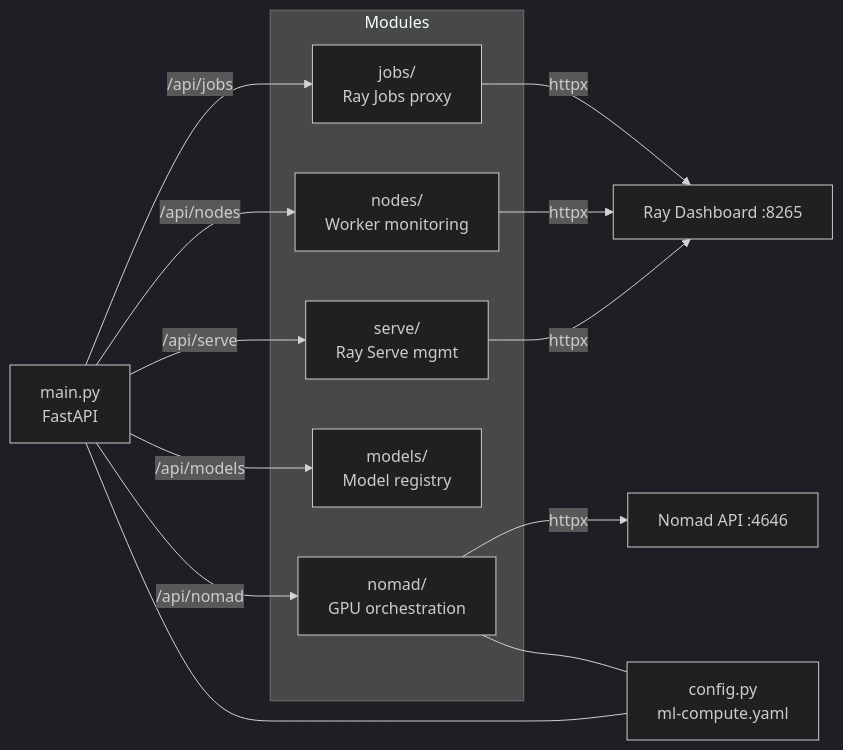
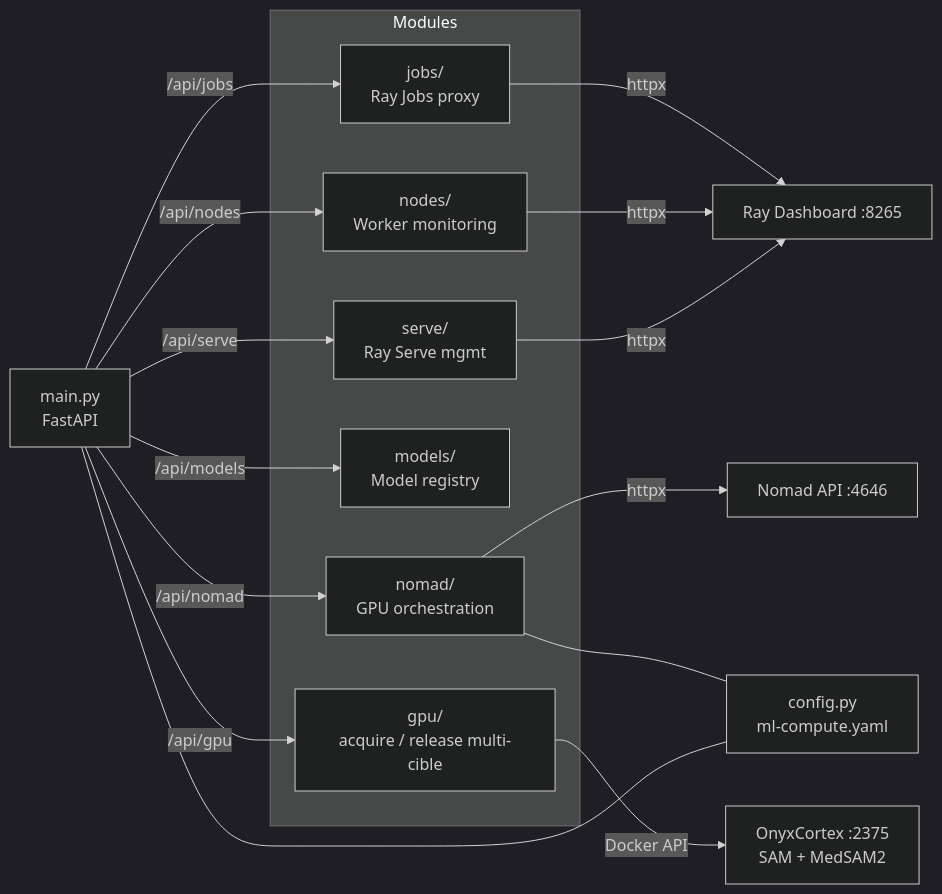
One commit to VersoVet/ml-compute changed the seventh of 7 diagrams in DIAGRAM.md. Above: the diagram before and after it, drawn with Mermaid (dark theme). The commit also changed other lines of this file and 56 other files, not shown here.

````diff
--- a/DIAGRAM.md
+++ b/DIAGRAM.md
@@ -176,30 +196,33 @@
 ```mermaid
 graph LR
     Main["main.py<br/>FastAPI"]
 
     subgraph Modules
         Jobs["jobs/<br/>Ray Jobs proxy"]
         Nodes["nodes/<br/>Worker monitoring"]
         Serve["serve/<br/>Ray Serve mgmt"]
         Models["models/<br/>Model registry"]
         Nomad["nomad/<br/>GPU orchestration"]
+        GPU["gpu/<br/>acquire / release multi-cible"]
     end
 
     Main -->|/api/jobs| Jobs
     Main -->|/api/nodes| Nodes
     Main -->|/api/serve| Serve
     Main -->|/api/models| Models
     Main -->|/api/nomad| Nomad
+    Main -->|/api/gpu| GPU
 
     RayDash["Ray Dashboard :8265"]
     NomadAPI["Nomad API :4646"]
 
     Jobs -->|httpx| RayDash
     Nodes -->|httpx| RayDash
     Serve -->|httpx| RayDash
     Nomad -->|httpx| NomadAPI
+    GPU -->|Docker API| CortexDocker["OnyxCortex :2375<br/>SAM + MedSAM2"]
 
     Config["config.py<br/>ml-compute.yaml"]
     Nomad --- Config
     Main --- Config
 ```
````
